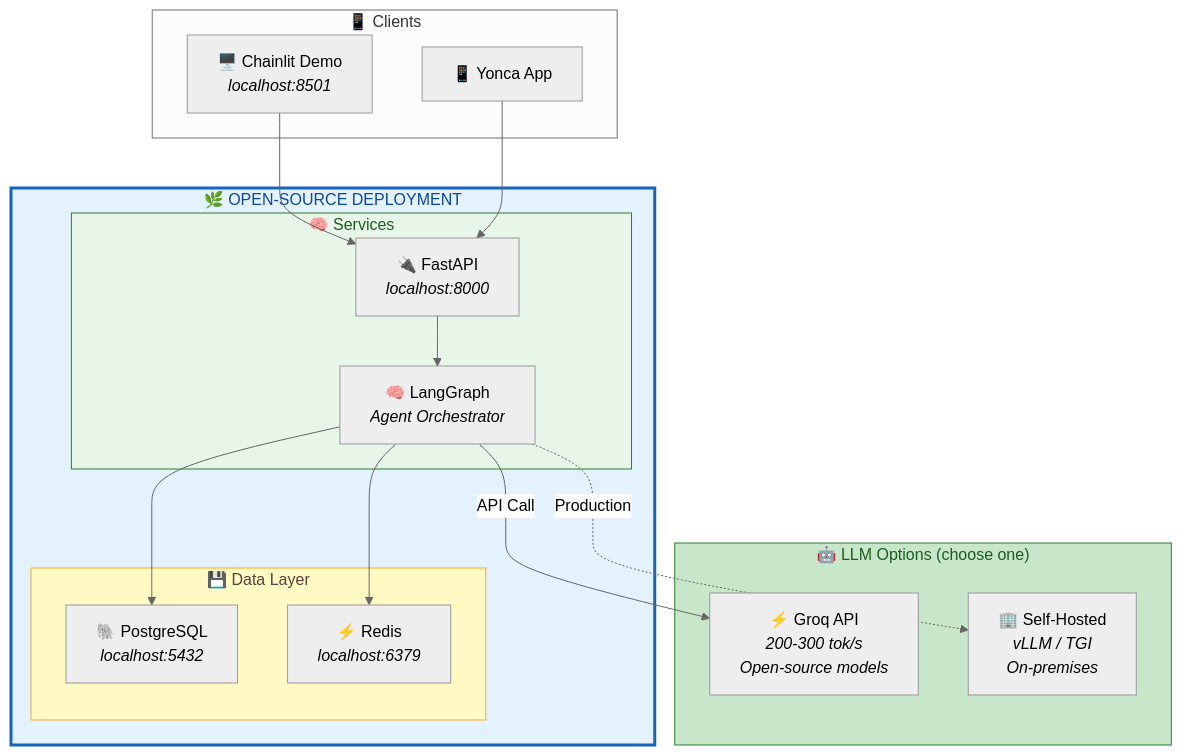
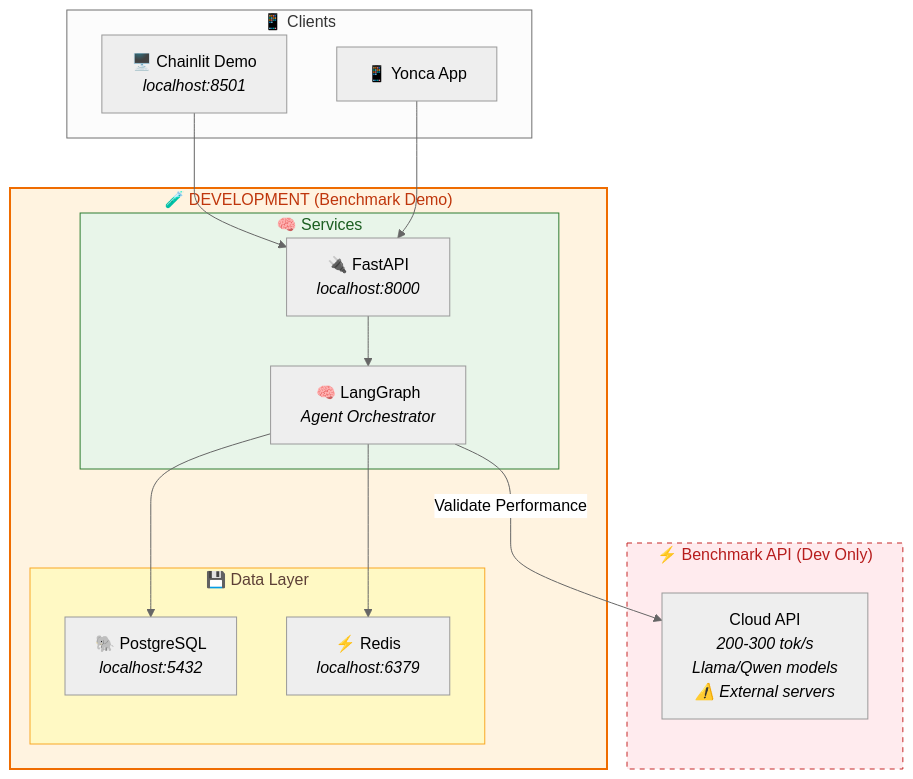
One commit to Px8Studio/yonja changed the fourth of 7 diagrams in docs/zekalab/12-DUAL-MODE-DEPLOYMENT.md. Above: the diagram before and after it, drawn with Mermaid. The commit also changed other lines of this file and 3 other files, not shown here.

Commit message:
feat: Update documentation for ALEM 1.0 deployment strategy and options

````diff
--- a/docs/zekalab/12-DUAL-MODE-DEPLOYMENT.md
+++ b/docs/zekalab/12-DUAL-MODE-DEPLOYMENT.md
@@ -97,40 +116,38 @@
 ```mermaid
 %%{init: {'theme': 'neutral'}}%%
 graph TB
-    subgraph opensource["🌿 OPEN-SOURCE DEPLOYMENT"]
+    subgraph dev["🧪 DEVELOPMENT (Benchmark Demo)"]
         subgraph services["🧠 Services"]
             api["🔌 FastAPI<br/><i>localhost:8000</i>"]
             brain["🧠 LangGraph<br/><i>Agent Orchestrator</i>"]
         end
         
         subgraph data["💾 Data Layer"]
             pg["🐘 PostgreSQL<br/><i>localhost:5432</i>"]
             redis["⚡ Redis<br/><i>localhost:6379</i>"]
         end
         
         api --> brain
         brain --> redis
         brain --> pg
     end
     
-    subgraph llm["🤖 LLM Options (choose one)"]
-        groq["⚡ Groq API<br/><i>200-300 tok/s</i><br/><i>Open-source models</i>"]
-        selfhost["🏢 Self-Hosted<br/><i>vLLM / TGI</i><br/><i>On-premises</i>"]
+    subgraph bench["⚡ Benchmark API (Dev Only)"]
+        cloud["Cloud API<br/><i>200-300 tok/s</i><br/><i>Llama/Qwen models</i><br/><i>⚠️ External servers</i>"]
     end
     
-    brain -->|"API Call"| groq
-    brain -.->|"Production"| selfhost
+    brain -->|"Validate Performance"| cloud
     
     subgraph client["📱 Clients"]
         demo["🖥️ Chainlit Demo<br/><i>localhost:8501</i>"]
         mobile["📱 Yonca App"]
     end
     
     demo --> api
     mobile --> api
     
-    style opensource fill:#e3f2fd,stroke:#1565c0,stroke-width:3px,color:#0d47a1
+    style dev fill:#fff3e0,stroke:#ef6c00,stroke-width:2px,color:#bf360c
     style services fill:#e8f5e9,stroke:#2e7d32,color:#1b5e20
     style data fill:#fff9c4,stroke:#f9a825,color:#5d4037
-    style llm fill:#c8e6c9,stroke:#2e7d32,color:#1b5e20
+    style bench fill:#ffebee,stroke:#c62828,color:#b71c1c,stroke-dasharray: 5 5
 ```
````
